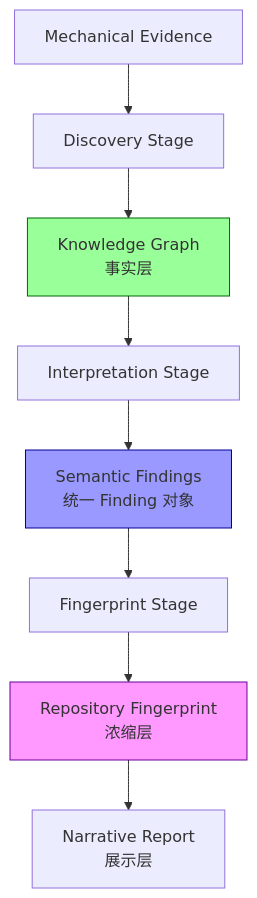
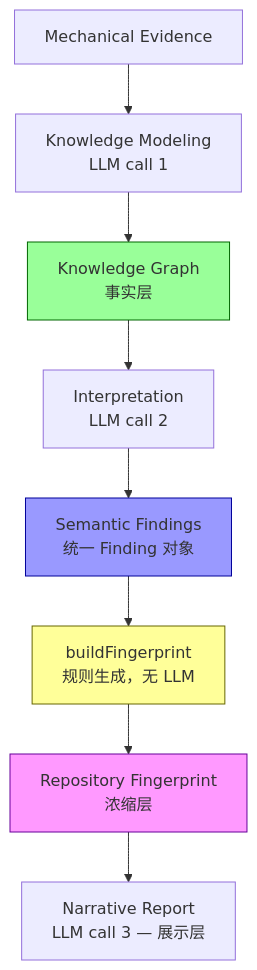
One commit to devweekly/devweekly.github.io changed the diagram in .trae/skills/research-repo/plan-pipeline-v2.md. Above: the diagram before and after it, drawn with Mermaid. The commit also changed other lines of this file and 16 other files, not shown here.

````diff
--- a/.trae/skills/research-repo/plan-pipeline-v2.md
+++ b/.trae/skills/research-repo/plan-pipeline-v2.md
@@ -373,14 +445,15 @@
 ```mermaid
 graph TD
-    ME[Mechanical Evidence] --> DS[Discovery Stage]
-    DS --> KG[Knowledge Graph<br/>事实层]
-    KG --> IS[Interpretation Stage]
+    ME[Mechanical Evidence] --> KM[Knowledge Modeling<br/>LLM call 1]
+    KM --> KG[Knowledge Graph<br/>事实层]
+    KG --> IS[Interpretation<br/>LLM call 2]
     IS --> SF[Semantic Findings<br/>统一 Finding 对象]
-    SF --> FP[Fingerprint Stage]
+    SF --> FP[buildFingerprint<br/>规则生成，无 LLM]
     FP --> RF[Repository Fingerprint<br/>浓缩层]
-    RF --> NR[Narrative Report<br/>展示层]
+    RF --> NR[Narrative Report<br/>LLM call 3 — 展示层]
 
     style KG fill:#9f9,stroke:#060
     style SF fill:#99f,stroke:#009
+    style FP fill:#ff9,stroke:#660
     style RF fill:#f9f,stroke:#609
 ```
````
